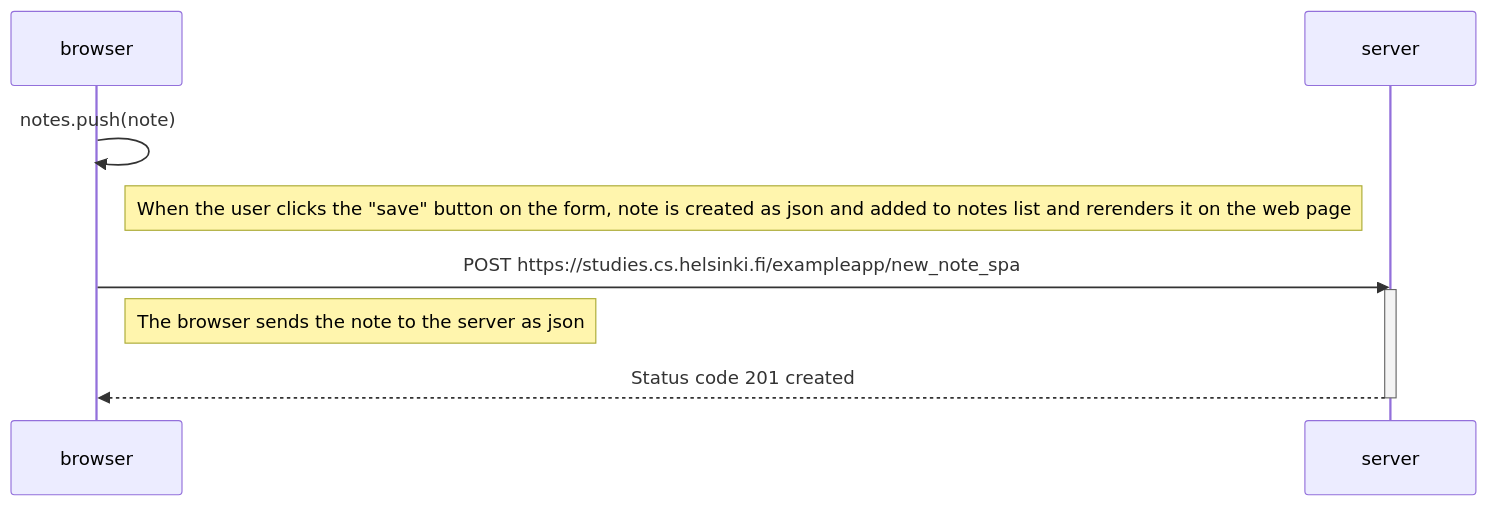
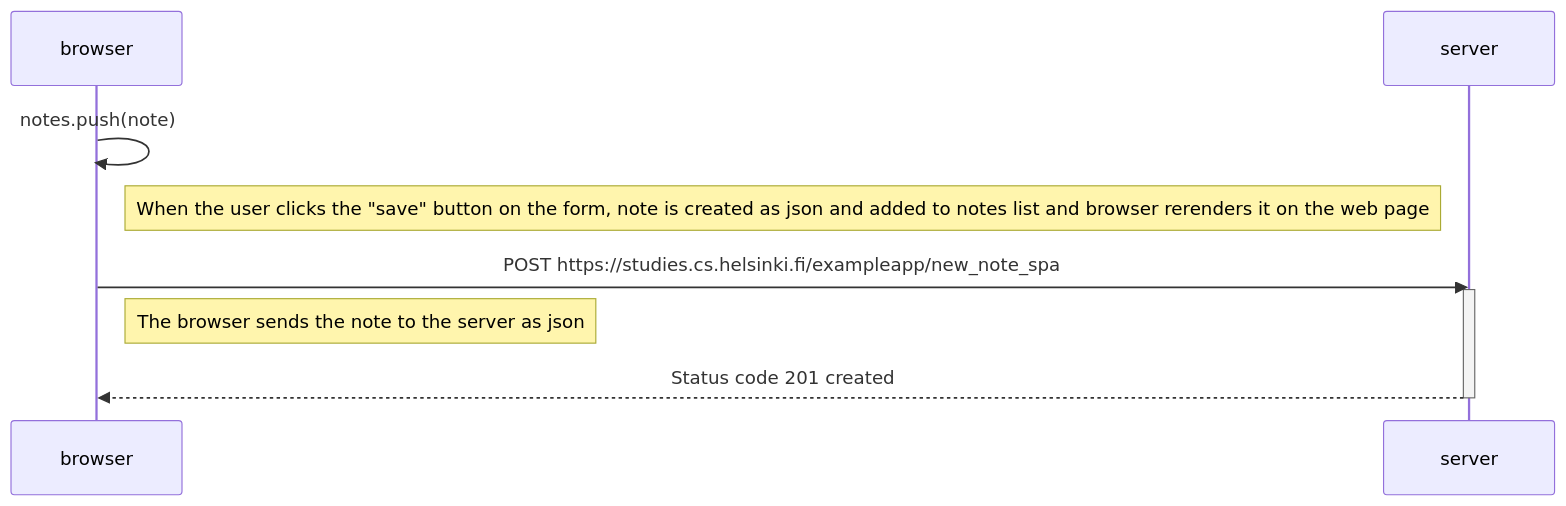
One commit to kirsikkahiltunen/Fullstack_palautusrepositorio changed the diagram in osa0/0.6_uusi_muistiinpano.md. Above: the diagram before and after it, drawn with Mermaid.

Commit message:
Tehtävän 0.6 muistiinpanoa muokattu

````diff
--- a/osa0/0.6_uusi_muistiinpano.md
+++ b/osa0/0.6_uusi_muistiinpano.md
@@ -3,19 +3,19 @@
 ```mermaid
 sequenceDiagram
 
     participant browser
     participant server
 
     browser->>browser: notes.push(note)
 
-    Note right of browser: When the user clicks the "save" button on the form, note is created as json and added to notes list and rerenders it on the web page
+    Note right of browser: When the user clicks the "save" button on the form, note is created as json and added to notes list and browser rerenders it on the web page
 
     browser->>server: POST https://studies.cs.helsinki.fi/exampleapp/new_note_spa
     activate server
 
     Note right of browser: The browser sends the note to the server as json
 
     server-->>browser: Status code 201 created
 
     deactivate server
 ```    
````
